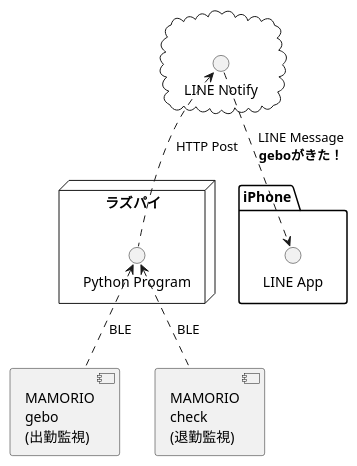
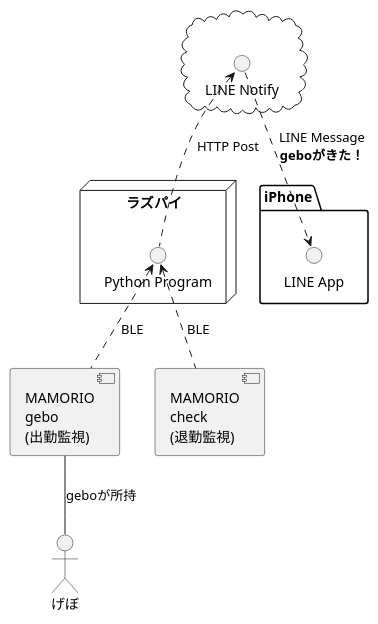
Before and after one commit to gebogebogebo/notify_ibeacon: the diagram in pu/component.pu, drawn with PlantUML. The commit also changed 2 other files, not shown here.

```diff
--- a/pu/component.pu
+++ b/pu/component.pu
@@ -1,23 +1,26 @@
 @startuml
 
 component "MAMORIO\ngebo\n(出勤監視)" as MAMORIO_GEBO
 component "MAMORIO\ncheck\n(退勤監視)" as MAMORIO_CHECK
 
 cloud {
   interface "LINE Notify" as LINE_Norify
 }
 
 node ラズパイ {
   interface "Python Program" as py
 }
 
 package iPhone{
   interface "LINE App" as LINE_App
 }
 
+actor "げぼ" as gebo
+
+gebo -up- MAMORIO_GEBO:geboが所持
 MAMORIO_GEBO .up.> py:BLE
 MAMORIO_CHECK .up.> py:BLE
 py .up.> LINE_Norify:HTTP Post
 LINE_Norify ..> LINE_App:LINE Message\n**geboがきた！**
 
 @enduml
```
